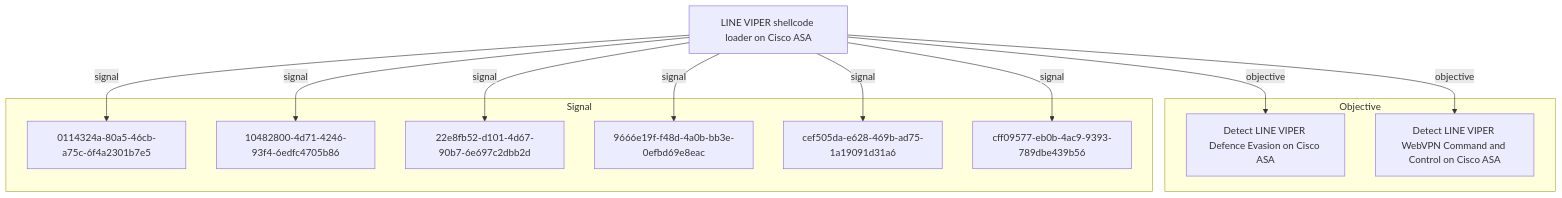
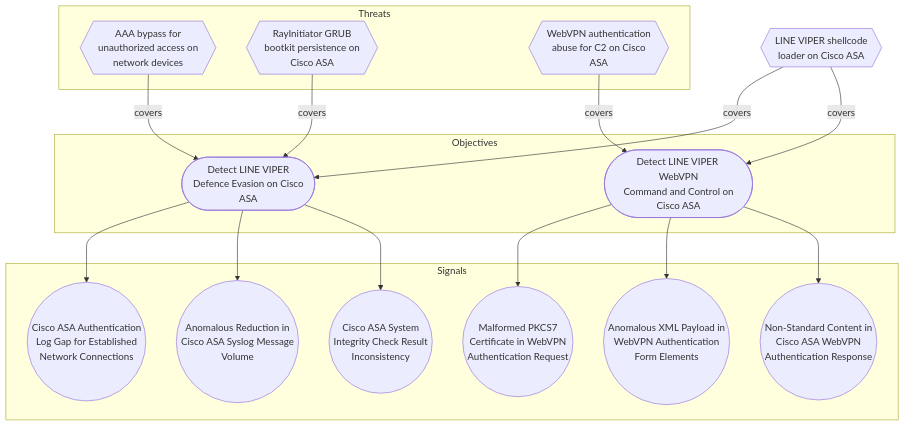
Before and after one commit to opentidehq/library: the second of 2 diagrams in docs/threats/line-viper-shellcode-loader-on-cisco-asa.md, drawn with Mermaid. The commit also changed other lines of this file and 540 other files, not shown here.

````diff
--- a/docs/threats/line-viper-shellcode-loader-on-cisco-asa.md
+++ b/docs/threats/line-viper-shellcode-loader-on-cisco-asa.md
@@ -191,24 +208,32 @@
 ```mermaid
 flowchart TB
-subgraph "Objective"
-7c0f2788_690e_4d34_b9eb_5f76e7363ccc["Detect LINE VIPER Defence Evasion on Cisco ASA"]
-8546b0d8_c9e1_4a51_bf64_2b93c4159ebf["Detect LINE VIPER WebVPN Command and Control on Cisco ASA"]
+subgraph "Objectives"
+7c0f2788_690e_4d34_b9eb_5f76e7363ccc(["Detect LINE VIPER<br>Defence Evasion on Cisco<br>ASA"])
+8546b0d8_c9e1_4a51_bf64_2b93c4159ebf(["Detect LINE VIPER WebVPN<br>Command and Control on<br>Cisco ASA"])
 end
-subgraph "Signal"
-0114324a_80a5_46cb_a75c_6f4a2301b7e5["0114324a-80a5-46cb-a75c-6f4a2301b7e5"]
-10482800_4d71_4246_93f4_6edfc4705b86["10482800-4d71-4246-93f4-6edfc4705b86"]
-22e8fb52_d101_4d67_90b7_6e697c2dbb2d["22e8fb52-d101-4d67-90b7-6e697c2dbb2d"]
-9666e19f_f48d_4a0b_bb3e_0efbd69e8eac["9666e19f-f48d-4a0b-bb3e-0efbd69e8eac"]
-cef505da_e628_469b_ad75_1a19091d31a6["cef505da-e628-469b-ad75-1a19091d31a6"]
-cff09577_eb0b_4ac9_9393_789dbe439b56["cff09577-eb0b-4ac9-9393-789dbe439b56"]
+subgraph "Threats"
+53389577_fd8d_4ce6_9852_8365ed947c17{{"AAA bypass for<br>unauthorized access on<br>network devices"}}
+a6f331e0_292d_4d83_87a9_46aa149555dd{{"RayInitiator GRUB<br>bootkit persistence on<br>Cisco ASA"}}
+fcc552fb_b4d1_4b47_b366_104ec4d806ef{{"WebVPN authentication<br>abuse for C2 on Cisco<br>ASA"}}
 end
-b6175f16_2b61_4116_bd97_de54b02b197e["LINE VIPER shellcode loader on Cisco ASA"]
-b6175f16_2b61_4116_bd97_de54b02b197e -->|objective| 7c0f2788_690e_4d34_b9eb_5f76e7363ccc
-b6175f16_2b61_4116_bd97_de54b02b197e -->|objective| 8546b0d8_c9e1_4a51_bf64_2b93c4159ebf
-b6175f16_2b61_4116_bd97_de54b02b197e -->|signal| 0114324a_80a5_46cb_a75c_6f4a2301b7e5
-b6175f16_2b61_4116_bd97_de54b02b197e -->|signal| 10482800_4d71_4246_93f4_6edfc4705b86
-b6175f16_2b61_4116_bd97_de54b02b197e -->|signal| 22e8fb52_d101_4d67_90b7_6e697c2dbb2d
-b6175f16_2b61_4116_bd97_de54b02b197e -->|signal| 9666e19f_f48d_4a0b_bb3e_0efbd69e8eac
-b6175f16_2b61_4116_bd97_de54b02b197e -->|signal| cef505da_e628_469b_ad75_1a19091d31a6
-b6175f16_2b61_4116_bd97_de54b02b197e -->|signal| cff09577_eb0b_4ac9_9393_789dbe439b56
+subgraph "Signals"
+0114324a_80a5_46cb_a75c_6f4a2301b7e5(("Cisco ASA Authentication<br>Log Gap for Established<br>Network Connections"))
+10482800_4d71_4246_93f4_6edfc4705b86(("Anomalous Reduction in<br>Cisco ASA Syslog Message<br>Volume"))
+9666e19f_f48d_4a0b_bb3e_0efbd69e8eac(("Cisco ASA System<br>Integrity Check Result<br>Inconsistency"))
+22e8fb52_d101_4d67_90b7_6e697c2dbb2d(("Malformed PKCS7<br>Certificate in WebVPN<br>Authentication Request"))
+cff09577_eb0b_4ac9_9393_789dbe439b56(("Anomalous XML Payload in<br>WebVPN Authentication<br>Form Elements"))
+cef505da_e628_469b_ad75_1a19091d31a6(("Non-Standard Content in<br>Cisco ASA WebVPN<br>Authentication Response"))
+end
+b6175f16_2b61_4116_bd97_de54b02b197e{{"LINE VIPER shellcode<br>loader on Cisco ASA"}}
+53389577_fd8d_4ce6_9852_8365ed947c17 -->|covers| 7c0f2788_690e_4d34_b9eb_5f76e7363ccc
+b6175f16_2b61_4116_bd97_de54b02b197e -->|covers| 7c0f2788_690e_4d34_b9eb_5f76e7363ccc
+a6f331e0_292d_4d83_87a9_46aa149555dd -->|covers| 7c0f2788_690e_4d34_b9eb_5f76e7363ccc
+7c0f2788_690e_4d34_b9eb_5f76e7363ccc --> 0114324a_80a5_46cb_a75c_6f4a2301b7e5
+7c0f2788_690e_4d34_b9eb_5f76e7363ccc --> 10482800_4d71_4246_93f4_6edfc4705b86
+7c0f2788_690e_4d34_b9eb_5f76e7363ccc --> 9666e19f_f48d_4a0b_bb3e_0efbd69e8eac
+fcc552fb_b4d1_4b47_b366_104ec4d806ef -->|covers| 8546b0d8_c9e1_4a51_bf64_2b93c4159ebf
+b6175f16_2b61_4116_bd97_de54b02b197e -->|covers| 8546b0d8_c9e1_4a51_bf64_2b93c4159ebf
+8546b0d8_c9e1_4a51_bf64_2b93c4159ebf --> 22e8fb52_d101_4d67_90b7_6e697c2dbb2d
+8546b0d8_c9e1_4a51_bf64_2b93c4159ebf --> cff09577_eb0b_4ac9_9393_789dbe439b56
+8546b0d8_c9e1_4a51_bf64_2b93c4159ebf --> cef505da_e628_469b_ad75_1a19091d31a6
 ```
````
